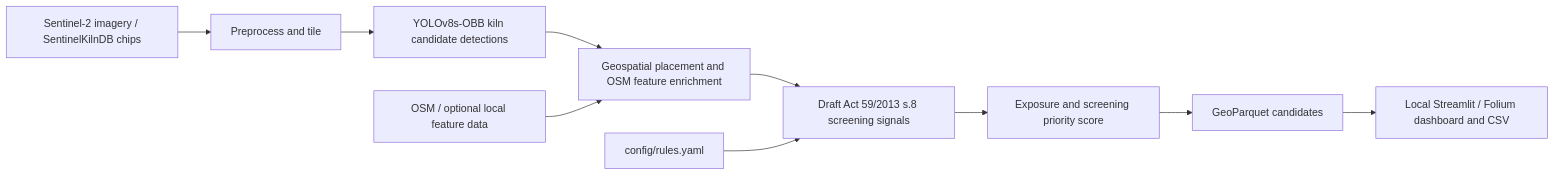
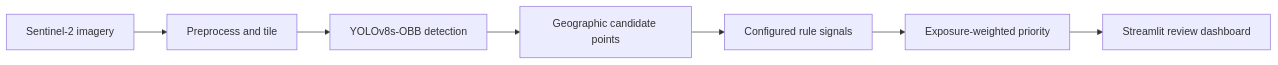
Before and after one commit to sheikh2583/Hack-For-Humanity: the diagram in docs/ROUND2_SUBMISSION.md, drawn with Mermaid. The commit also changed other lines of this file and 58 other files, not shown here.

````diff
--- a/docs/ROUND2_SUBMISSION.md
+++ b/docs/ROUND2_SUBMISSION.md
@@ -14,12 +13,9 @@
 ```mermaid
 flowchart LR
-    S2[Sentinel-2 imagery / SentinelKilnDB chips] --> PRE[Preprocess and tile]
-    PRE --> DET[YOLOv8s-OBB kiln candidate detections]
-    DET --> GEO[Geospatial placement and OSM feature enrichment]
-    GEO --> RULES[Draft Act 59/2013 s.8 screening signals]
-    RULES --> SCORE[Exposure and screening priority score]
-    SCORE --> OUT[GeoParquet candidates]
-    OUT --> DASH[Local Streamlit / Folium dashboard and CSV]
-    OSM[OSM / optional local feature data] --> GEO
-    CONFIG[config/rules.yaml] --> RULES
+    A[Sentinel-2 imagery] --> B[Preprocess and tile]
+    B --> C[YOLOv8s-OBB detection]
+    C --> D[Geographic candidate points]
+    D --> E[Configured rule signals]
+    E --> F[Exposure-weighted priority]
+    F --> G[Streamlit review dashboard]
 ```
````
